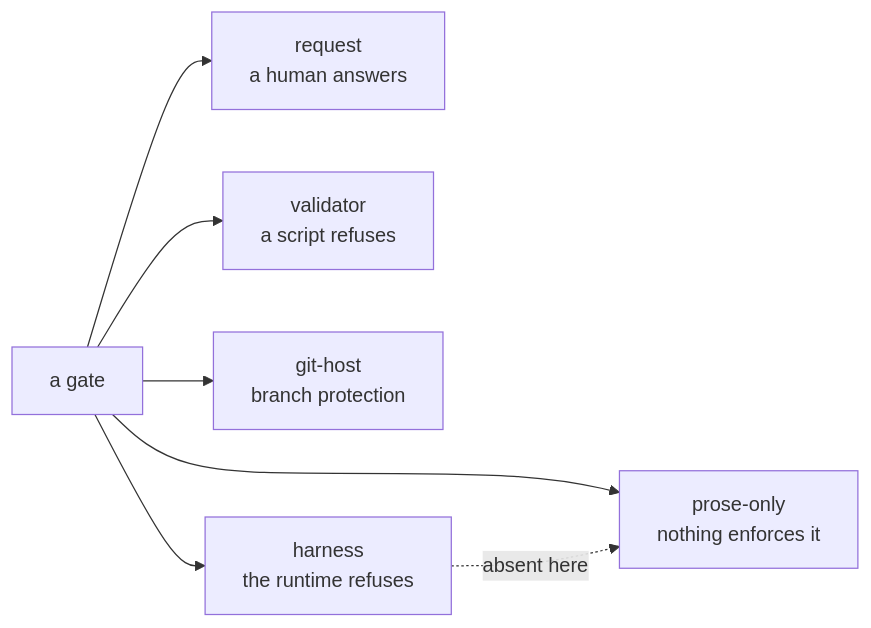
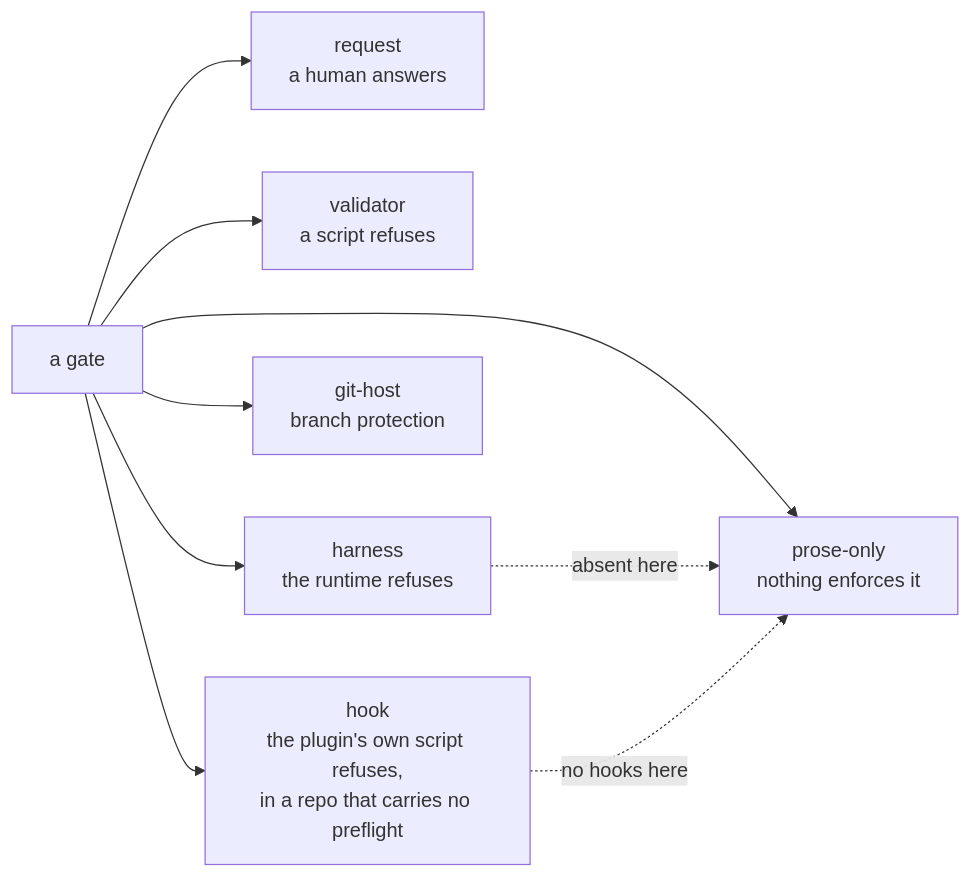
Before and after one commit to jamillazarev/opsinist: the eighth of 21 diagrams in diagrams.md, drawn with Mermaid. The commit also changed other lines of this file and 27 other files, not shown here.

````diff
--- a/diagrams.md
+++ b/diagrams.md
@@ -152,9 +153,11 @@
 ```mermaid
 flowchart LR
   G[a gate] --> RQ[request<br/>a human answers]
   G --> VD[validator<br/>a script refuses]
+  G --> HK[hook<br/>the plugin's own script refuses,<br/>in a repo that carries no preflight]
   G --> GH[git-host<br/>branch protection]
   G --> HN[harness<br/>the runtime refuses]
   G --> PO[prose-only<br/>nothing enforces it]
   HN -. absent here .-> PO
+  HK -. no hooks here .-> PO
 ```
````
